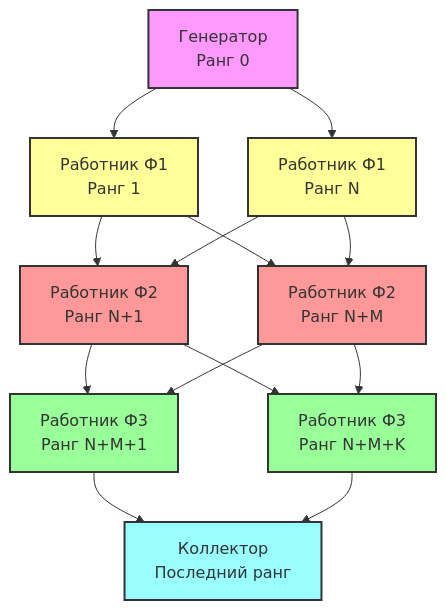
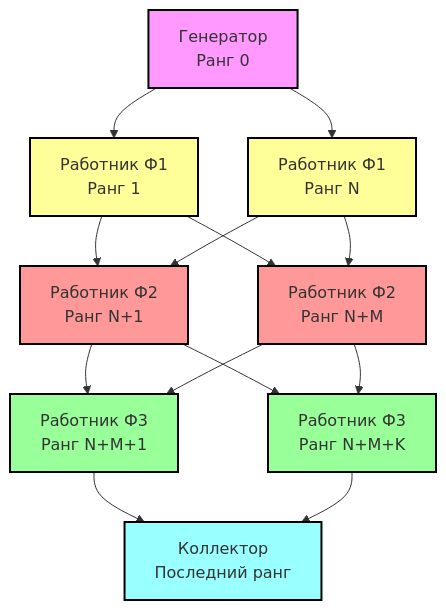
The diagram in parallel_enikeev_conveer/README.MD (Sepera-okeq/kpfu-four-course), drawn with Mermaid before and after one commit.

````diff
--- a/parallel_enikeev_conveer/README.MD
+++ b/parallel_enikeev_conveer/README.MD
@@ -5,24 +5,24 @@
 ```mermaid
 graph TD
     G[Генератор<br/>Ранг 0] --> W1[Работник Ф1<br/>Ранг 1]
     G --> W1_2[Работник Ф1<br/>Ранг N]
     W1 --> W2[Работник Ф2<br/>Ранг N+1]
     W1_2 --> W2
     W1 --> W2_2[Работник Ф2<br/>Ранг N+M]
     W1_2 --> W2_2
     W2 --> W3[Работник Ф3<br/>Ранг N+M+1]
     W2_2 --> W3
     W2 --> W3_2[Работник Ф3<br/>Ранг N+M+K]
     W2_2 --> W3_2
     W3 --> C[Коллектор<br/>Последний ранг]
     W3_2 --> C
 
-    style G fill:#f9f,stroke:#333,stroke-width:2px
-    style C fill:#9ff,stroke:#333,stroke-width:2px
-    style W1 fill:#ff9,stroke:#333,stroke-width:2px
-    style W1_2 fill:#ff9,stroke:#333,stroke-width:2px
-    style W2 fill:#f99,stroke:#333,stroke-width:2px
-    style W2_2 fill:#f99,stroke:#333,stroke-width:2px
-    style W3 fill:#9f9,stroke:#333,stroke-width:2px
-    style W3_2 fill:#9f9,stroke:#333,stroke-width:2px
+    style G fill:#f9f,stroke:#000000,stroke-width:2px
+    style C fill:#9ff,stroke:#000000,stroke-width:2px
+    style W1 fill:#ff9,stroke:#000000,stroke-width:2px
+    style W1_2 fill:#ff9,stroke:#000000,stroke-width:2px
+    style W2 fill:#f99,stroke:#000000,stroke-width:2px
+    style W2_2 fill:#f99,stroke:#000000,stroke-width:2px
+    style W3 fill:#9f9,stroke:#000000,stroke-width:2px
+    style W3_2 fill:#9f9,stroke:#000000,stroke-width:2px
 ```
````
